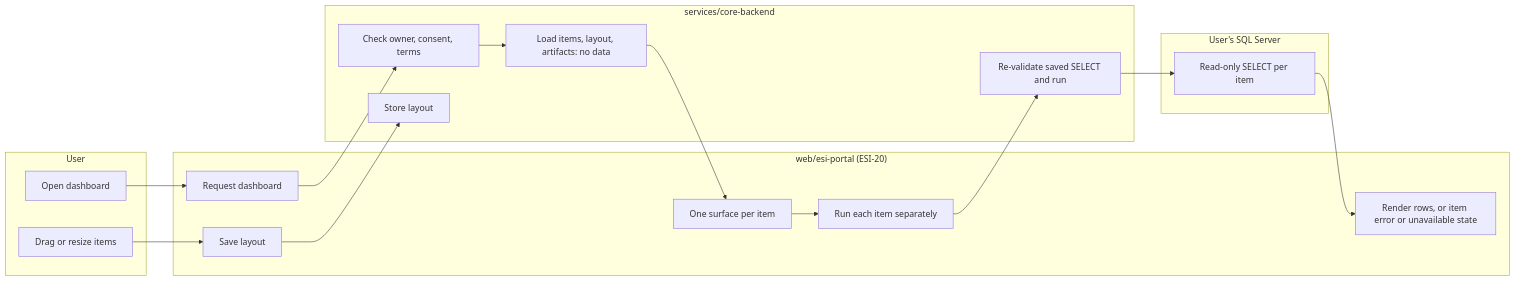
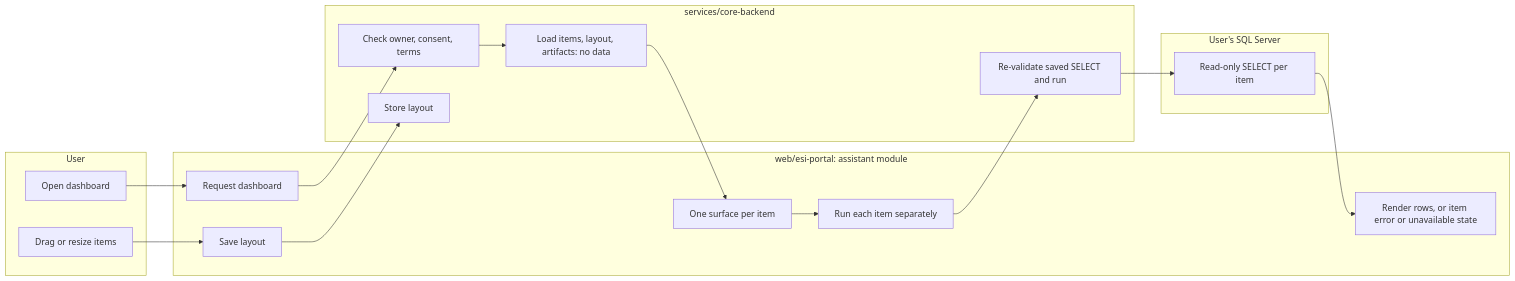
One commit to dtnam0899/edge-side-includes changed the first of 3 diagrams in docs/features/artifacts-and-dashboards.md. Above: the diagram before and after it, drawn with Mermaid. The commit also changed other lines of this file and 2 other files, not shown here.

First line of the commit message:
docs(esi): mark visualizations and dashboards done in the portal

````diff
--- a/docs/features/artifacts-and-dashboards.md
+++ b/docs/features/artifacts-and-dashboards.md
@@ -23,25 +27,25 @@
 ```mermaid
 flowchart LR
   subgraph User
     U1[Open dashboard]
     U2[Drag or resize items]
   end
-  subgraph Portal["web/esi-portal (ESI-20)"]
+  subgraph Portal["web/esi-portal: assistant module"]
     P1[Request dashboard]
     P2[One surface per item]
     P3[Run each item separately]
     P4[Render rows, or item error or unavailable state]
     P5[Save layout]
   end
   subgraph Core["services/core-backend"]
     C1[Check owner, consent, terms]
     C2[Load items, layout, artifacts: no data]
     C3[Re-validate saved SELECT and run]
     C4[Store layout]
   end
   subgraph DB["User's SQL Server"]
     D1[Read-only SELECT per item]
   end
   U1 --> P1 --> C1 --> C2 --> P2 --> P3 --> C3 --> D1 --> P4
   U2 --> P5 --> C4
 ```
````
